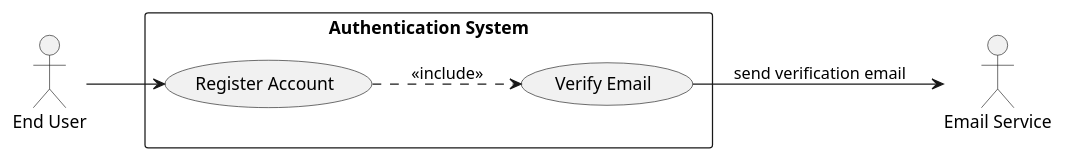
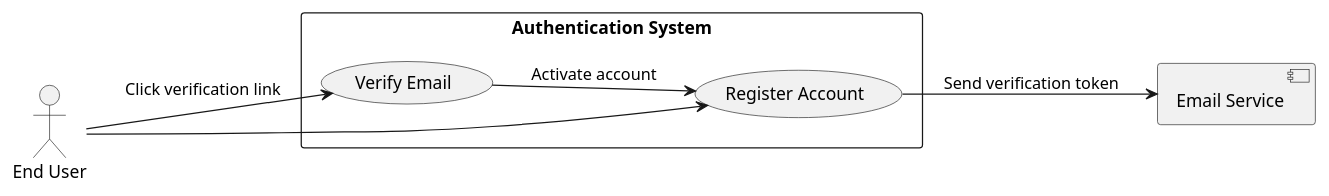
Before and after one commit to Bimmi-kumari-singh/Agent-testing: the first of 7 diagrams in .propel/context/docs/spec.md, drawn with PlantUML. The commit also changed other lines of this file, not shown here.

````diff
--- a/.propel/context/docs/spec.md
+++ b/.propel/context/docs/spec.md
@@ -254,18 +366,18 @@
 ```plantuml
 @startuml
 left to right direction
 skinparam packageStyle rectangle
 
 actor "End User" as User
-actor "Email Service" as Email
+rectangle "Authentication System" {
+  usecase (Register Account) as Register
+  usecase (Verify Email) as Verify
+}
+component "Email Service" as Email
 
-rectangle "Authentication System" {
-  usecase (Register Account) as UC1
-  usecase (Verify Email) as UC1b
-}
-
-User --> UC1
-UC1 ..> UC1b : <<include>>
-UC1b --> Email : send verification email
+User --> Register
+Register --> Email : Send verification token
+User --> Verify : Click verification link
+Verify --> Register : Activate account
 @enduml
 ```
````
